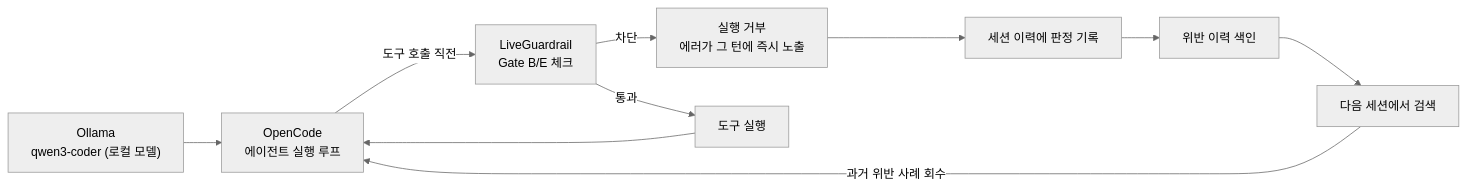
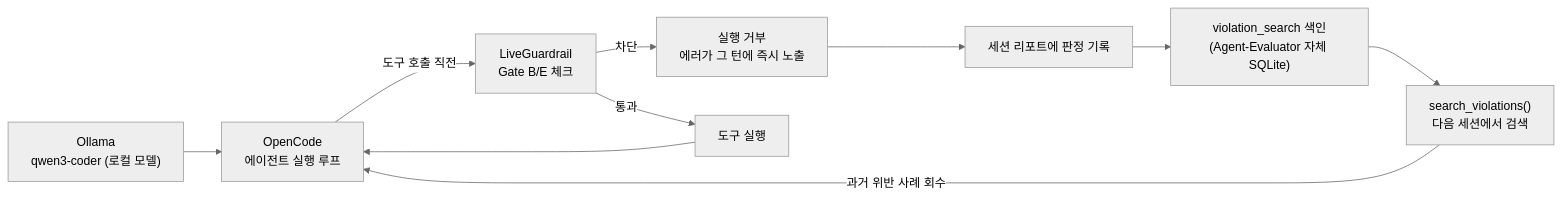
Before and after one commit to bullpeng72/Agent-Evaluator: the diagram in Media/Book/Part_VII_실시간가드레일/Chapter_28_로컬_ADE_구축.md, drawn with Mermaid (neutral theme). The commit also changed other lines of this file and 3 other files, not shown here.

````diff
--- a/Media/Book/Part_VII_실시간가드레일/Chapter_28_로컬_ADE_구축.md
+++ b/Media/Book/Part_VII_실시간가드레일/Chapter_28_로컬_ADE_구축.md
@@ -31,12 +30,12 @@
 ```mermaid
 flowchart LR
     OL["Ollama\nqwen3-coder (로컬 모델)"] --> OC["OpenCode\n에이전트 실행 루프"]
     OC -->|"도구 호출 직전"| LG["LiveGuardrail\nGate B/E 체크"]
     LG -->|"차단"| BLOCK["실행 거부\n에러가 그 턴에 즉시 노출"]
     LG -->|"통과"| EXEC["도구 실행"]
-    BLOCK --> TR["세션 이력에 판정 기록"]
+    BLOCK --> TR["세션 리포트에 판정 기록"]
     EXEC --> OC
-    TR --> IDX["위반 이력 색인"]
-    IDX --> SRCH["다음 세션에서 검색"]
+    TR --> IDX["violation_search 색인\n(Agent-Evaluator 자체 SQLite)"]
+    IDX --> SRCH["search_violations()\n다음 세션에서 검색"]
     SRCH -->|"과거 위반 사례 회수"| OC
 ```
````
